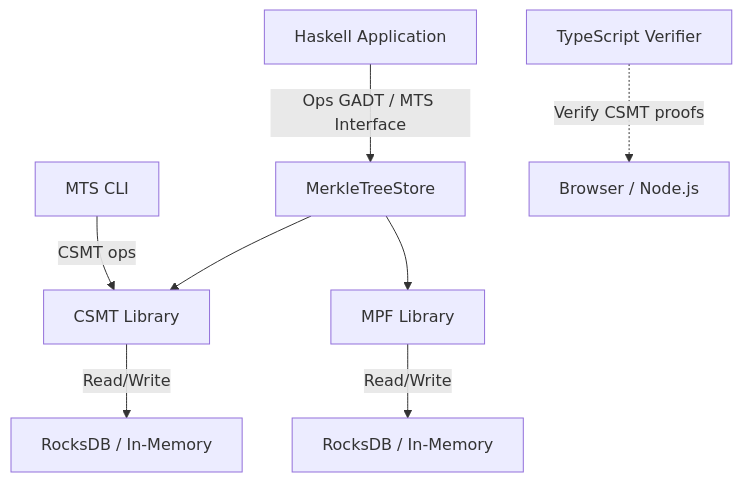
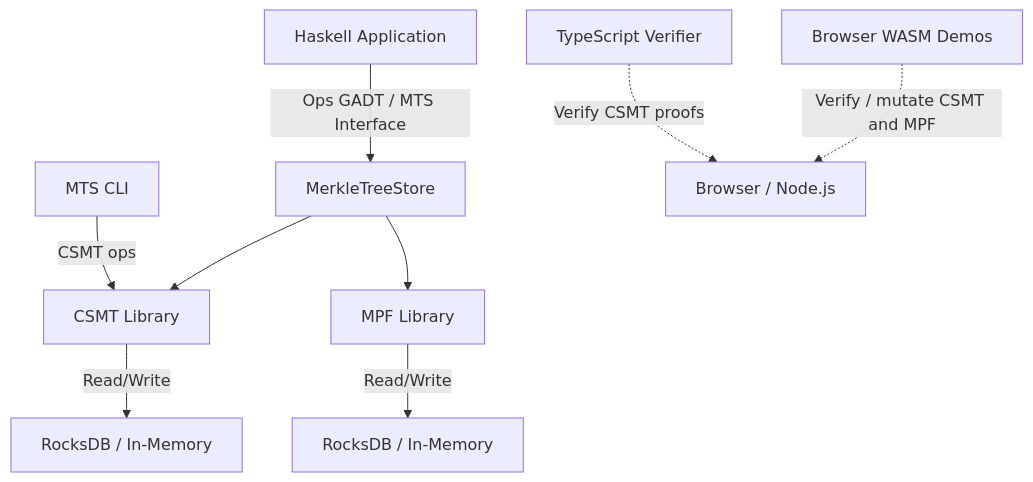
One commit to lambdasistemi/haskell-mts changed the diagram in docs/architecture/system.md. Above: the diagram before and after it, drawn with Mermaid. The commit also changed other lines of this file and 12 other files, not shown here.

````diff
--- a/docs/architecture/system.md
+++ b/docs/architecture/system.md
@@ -8,10 +8,11 @@
 ```mermaid
 graph TD
     CLI[MTS CLI] -->|CSMT ops| CSMT[CSMT Library]
     App[Haskell Application] -->|Ops GADT / MTS Interface| MTS[MerkleTreeStore]
     MTS --> CSMT
     MTS --> MPF[MPF Library]
     CSMT -->|Read/Write| RDB1[RocksDB / In-Memory]
     MPF -->|Read/Write| RDB2[RocksDB / In-Memory]
     TS[TypeScript Verifier] -.->|Verify CSMT proofs| Client[Browser / Node.js]
+    WASM[Browser WASM Demos] -.->|Verify / mutate CSMT and MPF| Client
 ```
````
